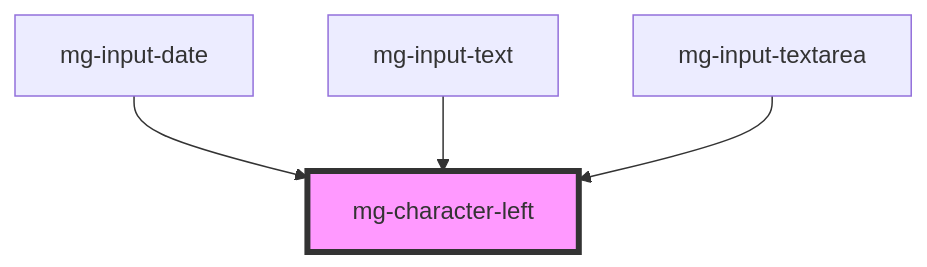
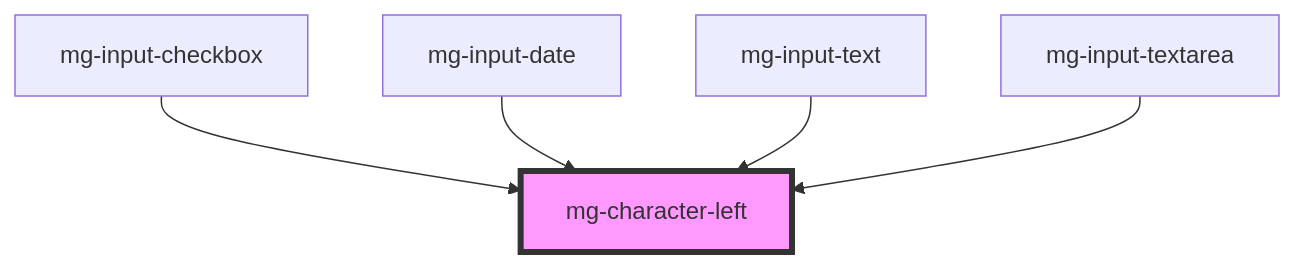
The diagram in src/components/atoms/mg-character-left/readme.md (MGDIS/mg-components), drawn with Mermaid before and after one commit. The commit also changed other lines of this file and 14 other files, not shown here.

Commit message:
fix(mg-input-checkbox): use locale values on readonly component

````diff
--- a/src/components/atoms/mg-character-left/readme.md
+++ b/src/components/atoms/mg-character-left/readme.md
@@ -27,7 +28,8 @@
 ```mermaid
 graph TD;
+  mg-input-checkbox --> mg-character-left
   mg-input-date --> mg-character-left
   mg-input-text --> mg-character-left
   mg-input-textarea --> mg-character-left
   style mg-character-left fill:#f9f,stroke:#333,stroke-width:4px
 ```
````
